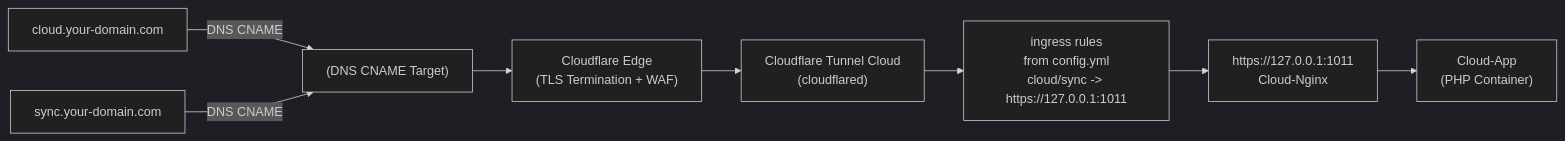
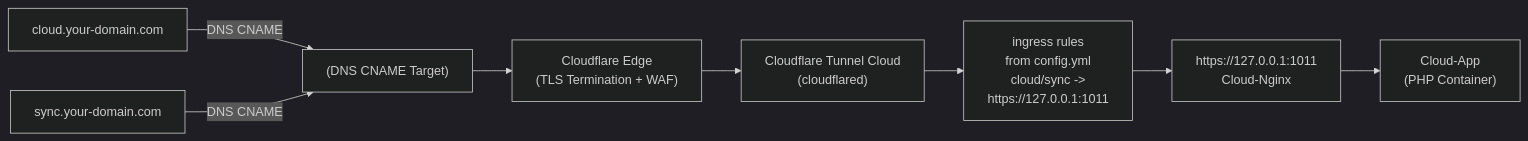
Before and after one commit to JoZapf/Zero-Trust-Selfhosted-Cloud-Multi-Layer-Edge-to-Origin-Security-Flow-Defense-Architecture: the diagram in README.md, drawn with Mermaid.

````diff
--- a/README.md
+++ b/README.md
@@ -80,23 +80,23 @@
 ```mermaid
 %%{init: {'theme': 'dark'}}%%
 flowchart LR
     C1["cloud.your-domain.com"]
     C2["sync.your-domain.com"]
 
     CNAME["<tunnel-id<br>(DNS CNAME Target)"]
     EDGE["Cloudflare Edge<br>(TLS Termination + WAF)"]
     TUNNEL["Cloudflare Tunnel Cloud<br>(cloudflared)"]
-    INGRESS["ingress rules<br>from config.yml<br>cloud/sync -> https://127.0.0.1:1011"]
+    INGRESS["ingress rules<br>from config.yml<br>cloud/sync -><br>https://127.0.0.1:1011"]
     ORIGIN["https://127.0.0.1:1011<br>Cloud-Nginx"]
     APP["Cloud-App<br>(PHP Container)"]
 
     C1 -->|DNS CNAME| CNAME
     C2 -->|DNS CNAME| CNAME
 
     CNAME --> EDGE
     EDGE --> TUNNEL
     TUNNEL --> INGRESS
     INGRESS --> ORIGIN
     ORIGIN --> APP
 
 ```
````
